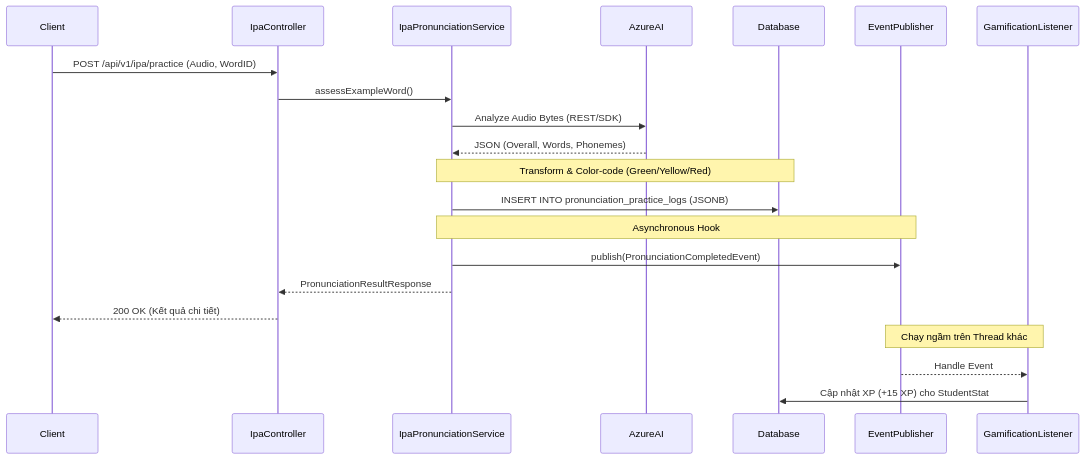
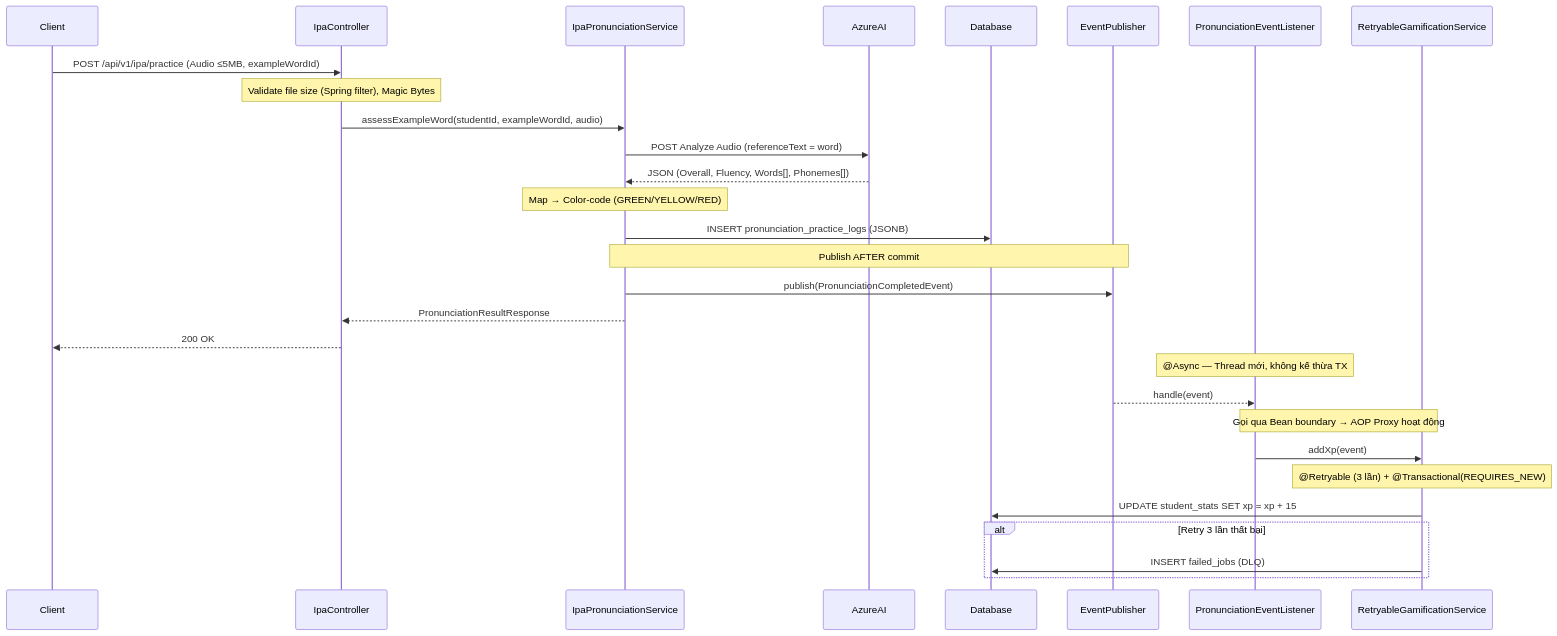
One commit to Son-COC-145/english-ed-backend changed the diagram in docs/module_1/PHASE_2_ASSESSMENT_ENGINE.md. Above: the diagram before and after it, drawn with Mermaid. The commit also changed other lines of this file and 2 other files, not shown here.

Commit message:
docs(module-1): integrate red team fixes for transaction boundaries, cache stampede, and OOM security risks

````diff
--- a/docs/module_1/PHASE_2_ASSESSMENT_ENGINE.md
+++ b/docs/module_1/PHASE_2_ASSESSMENT_ENGINE.md
@@ -9,28 +9,37 @@
 ```mermaid
 sequenceDiagram
     participant Client
     participant IpaController
     participant IpaPronunciationService
     participant AzureAI
     participant Database
     participant EventPublisher
-    participant GamificationListener
+    participant PronunciationEventListener
+    participant RetryableGamificationService
 
-    Client->>IpaController: POST /api/v1/ipa/practice (Audio, WordID)
-    IpaController->>IpaPronunciationService: assessExampleWord()
-    IpaPronunciationService->>AzureAI: Analyze Audio Bytes (REST/SDK)
-    AzureAI-->>IpaPronunciationService: JSON (Overall, Words, Phonemes)
-    
-    Note over IpaPronunciationService, Database: Transform & Color-code (Green/Yellow/Red)
-    IpaPronunciationService->>Database: INSERT INTO pronunciation_practice_logs (JSONB)
-    
-    Note over IpaPronunciationService, EventPublisher: Asynchronous Hook
+    Client->>IpaController: POST /api/v1/ipa/practice (Audio ≤5MB, exampleWordId)
+    Note over IpaController: Validate file size (Spring filter), Magic Bytes
+
+    IpaController->>IpaPronunciationService: assessExampleWord(studentId, exampleWordId, audio)
+    IpaPronunciationService->>AzureAI: POST Analyze Audio (referenceText = word)
+    AzureAI-->>IpaPronunciationService: JSON (Overall, Fluency, Words[], Phonemes[])
+
+    Note over IpaPronunciationService: Map → Color-code (GREEN/YELLOW/RED)
+    IpaPronunciationService->>Database: INSERT pronunciation_practice_logs (JSONB)
+    Note over IpaPronunciationService, EventPublisher: Publish AFTER commit
+
     IpaPronunciationService->>EventPublisher: publish(PronunciationCompletedEvent)
-    
     IpaPronunciationService-->>IpaController: PronunciationResultResponse
-    IpaController-->>Client: 200 OK (Kết quả chi tiết)
+    IpaController-->>Client: 200 OK
 
-    Note over EventPublisher, GamificationListener: Chạy ngầm trên Thread khác
-    EventPublisher-->>GamificationListener: Handle Event
-    GamificationListener->>Database: Cập nhật XP (+15 XP) cho StudentStat
+    Note over PronunciationEventListener: @Async — Thread mới, không kế thừa TX
+    EventPublisher-->>PronunciationEventListener: handle(event)
+    Note over PronunciationEventListener, RetryableGamificationService: Gọi qua Bean boundary → AOP Proxy hoạt động
+    PronunciationEventListener->>RetryableGamificationService: addXp(event)
+    Note over RetryableGamificationService: @Retryable (3 lần) + @Transactional(REQUIRES_NEW)
+    RetryableGamificationService->>Database: UPDATE student_stats SET xp = xp + 15
+
+    alt Retry 3 lần thất bại
+        RetryableGamificationService->>Database: INSERT failed_jobs (DLQ)
+    end
 ```
````
